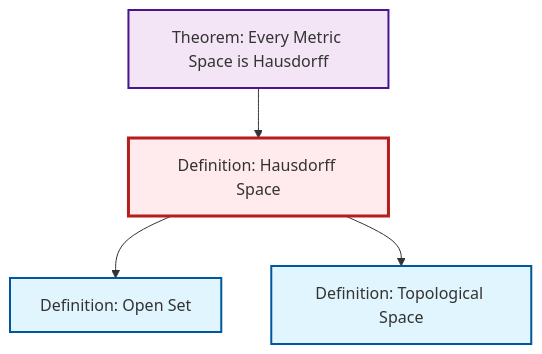
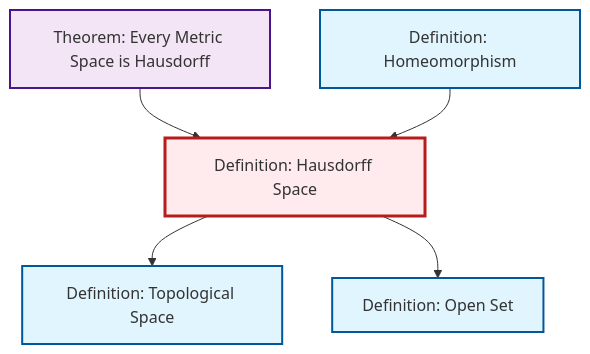
One commit to RK0429/ModernMath changed the diagram in output/mermaid/def-hausdorff.mermaid. Above: the diagram before and after it, drawn with Mermaid. The commit also changed 474 other files, not shown here.

```diff
--- a/output/mermaid/def-hausdorff.mermaid
+++ b/output/mermaid/def-hausdorff.mermaid
@@ -1,15 +1,17 @@
 %%| fig-cap: "Local dependency graph"
 graph TD
     classDef definition fill:#e1f5fe,stroke:#01579b,stroke-width:2px
     classDef theorem fill:#f3e5f5,stroke:#4a148c,stroke-width:2px
     classDef axiom fill:#fff3e0,stroke:#e65100,stroke-width:2px
     classDef example fill:#e8f5e9,stroke:#1b5e20,stroke-width:2px
     classDef current fill:#ffebee,stroke:#b71c1c,stroke-width:3px
+    thm-metric-hausdorff["Theorem: Every Metric Space is Hausdorff"]:::theorem
+    def-open-set["Definition: Open Set"]:::definition
+    def-homeomorphism["Definition: Homeomorphism"]:::definition
     def-topological-space["Definition: Topological Space"]:::definition
-    thm-metric-hausdorff["Theorem: Every Metric Space is Hausdorff"]:::theorem
     def-hausdorff["Definition: Hausdorff Space"]:::definition
-    def-open-set["Definition: Open Set"]:::definition
+    def-hausdorff --> def-topological-space
     def-hausdorff --> def-open-set
     thm-metric-hausdorff --> def-hausdorff
-    def-hausdorff --> def-topological-space
+    def-homeomorphism --> def-hausdorff
     class def-hausdorff current
```
